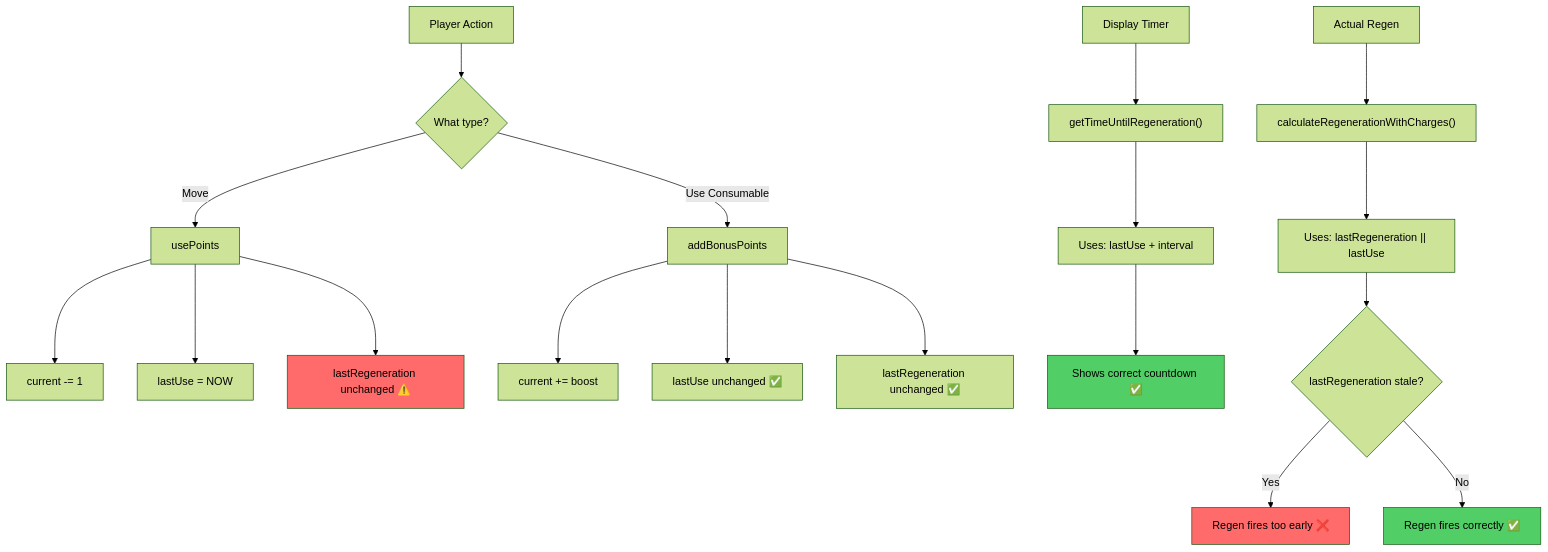
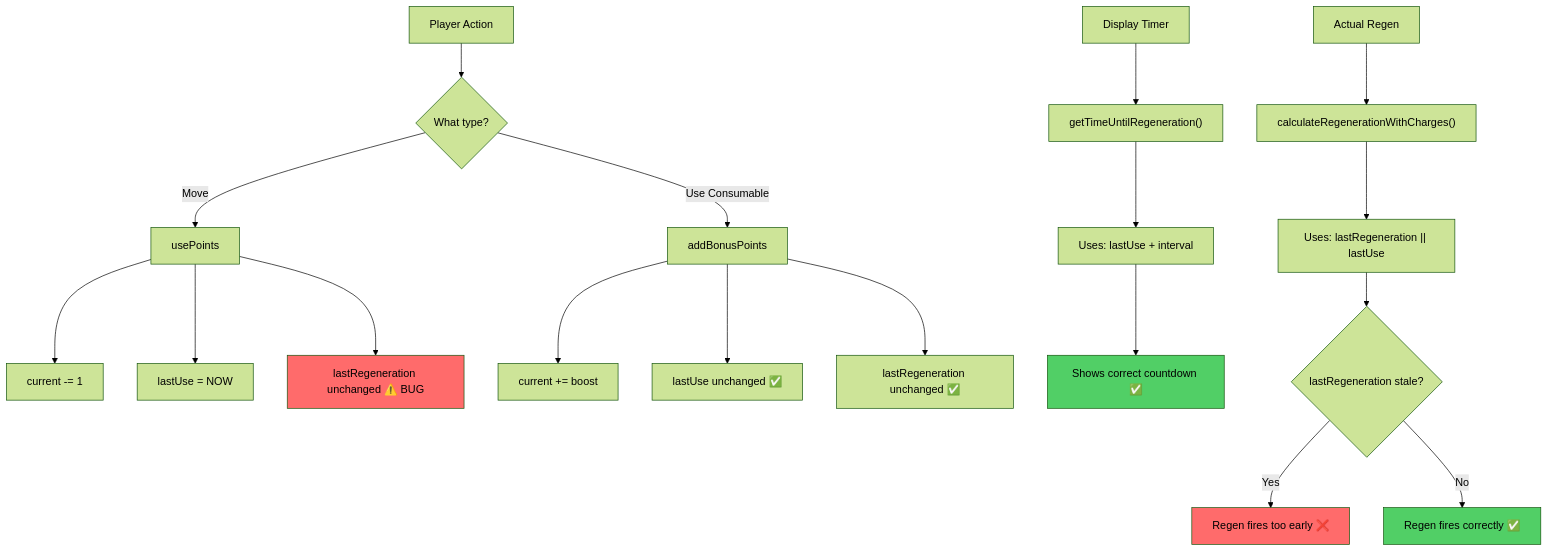
The first of 3 diagrams in docs/01-RaP/0938_20260320_StaminaRegenTimer_Analysis.md (extremedonkey/castbot), drawn with Mermaid (forest theme) before and after one commit. The commit also changed other lines of this file, not shown here.

Commit message:
Comprehensive stamina regen RaP: all test cases, Mermaid diagrams, fix status, consumable behavior, regen cap, verification steps

````diff
--- a/docs/01-RaP/0938_20260320_StaminaRegenTimer_Analysis.md
+++ b/docs/01-RaP/0938_20260320_StaminaRegenTimer_Analysis.md
@@ -150,29 +88,29 @@
 ```mermaid
 flowchart TD
     A[Player Action] --> B{What type?}
     B -->|Move| C[usePoints]
     B -->|Use Consumable| D[addBonusPoints]
 
     C --> C1[current -= 1]
     C --> C2[lastUse = NOW]
-    C --> C3["lastRegeneration unchanged ⚠️"]
+    C --> C3["lastRegeneration unchanged ⚠️ BUG"]
 
     D --> D1[current += boost]
     D --> D2["lastUse unchanged ✅"]
     D --> D3["lastRegeneration unchanged ✅"]
 
     E[Display Timer] --> E1["getTimeUntilRegeneration()"]
     E1 --> E2["Uses: lastUse + interval"]
     E2 --> E3["Shows correct countdown ✅"]
 
     F[Actual Regen] --> F1["calculateRegenerationWithCharges()"]
     F1 --> F2["Uses: lastRegeneration || lastUse"]
     F2 --> F3{"lastRegeneration stale?"}
     F3 -->|Yes| F4["Regen fires too early ❌"]
     F3 -->|No| F5["Regen fires correctly ✅"]
 
     style C3 fill:#ff6b6b
     style F4 fill:#ff6b6b
     style E3 fill:#51cf66
     style F5 fill:#51cf66
 ```
````
